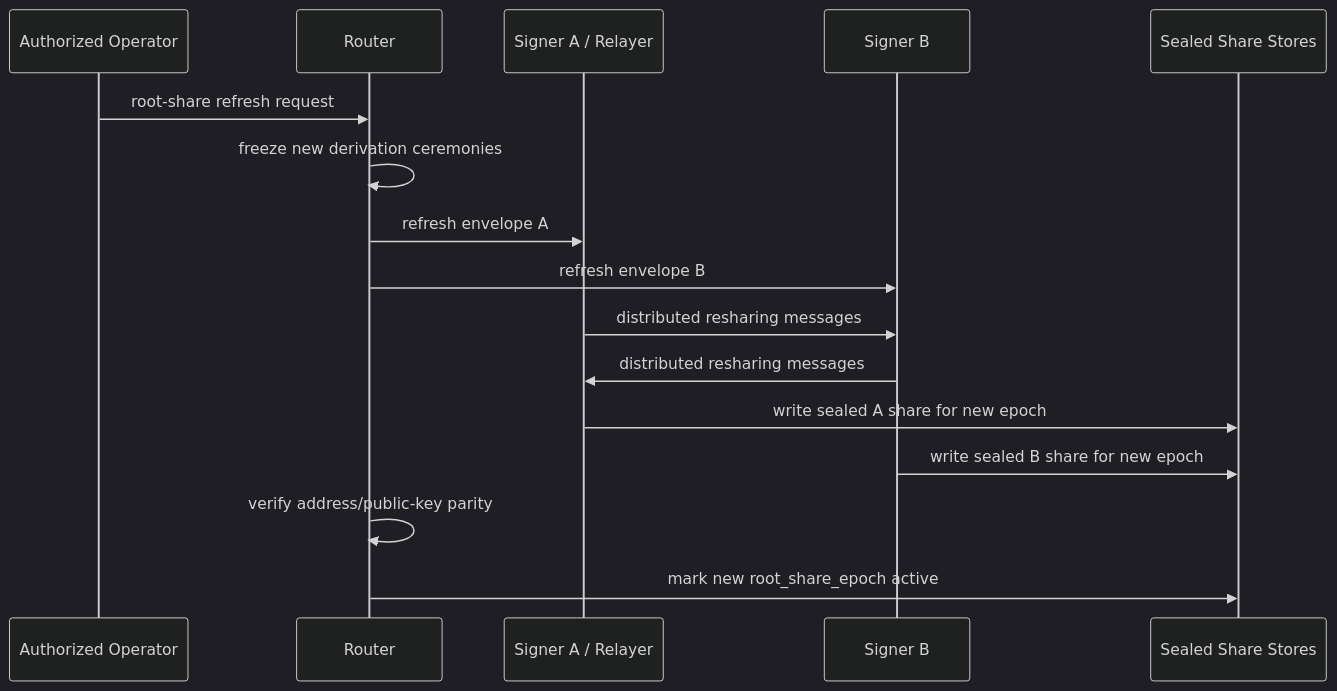
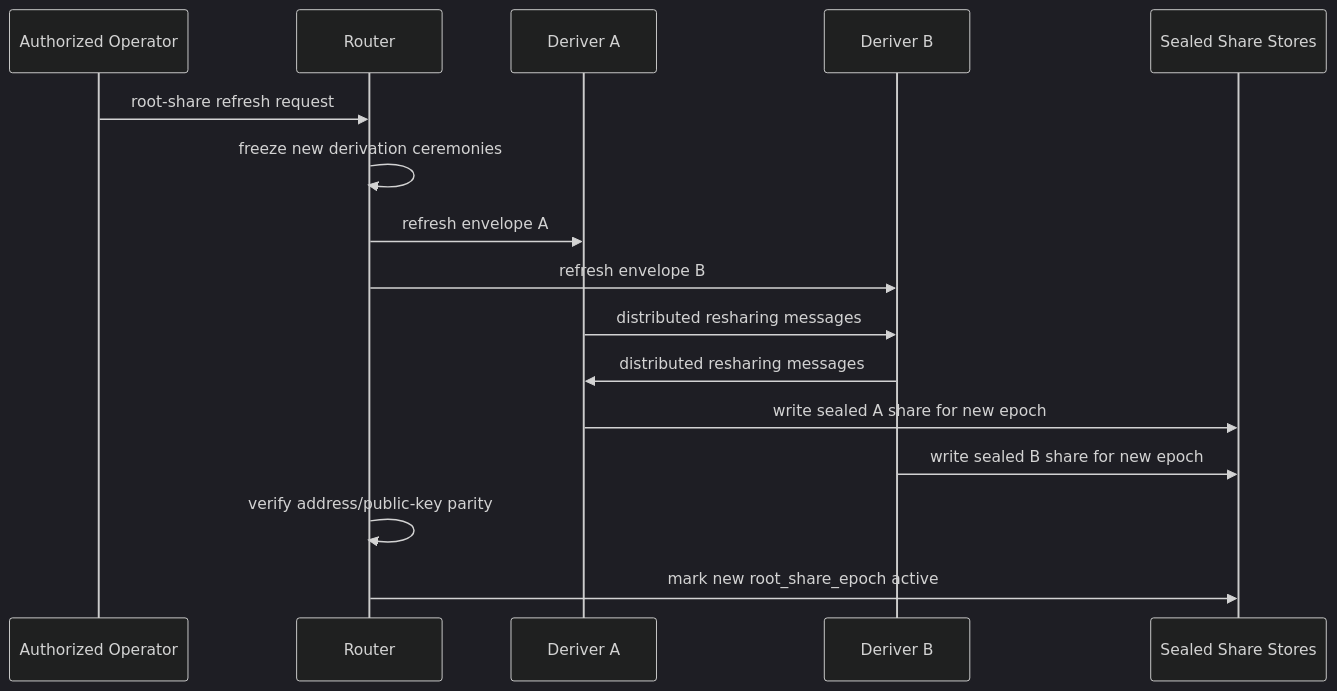
One commit to seams-tech/seams-sdk changed the third of 3 diagrams in docs/router-A-B-signer-SPEC.md. Above: the diagram before and after it, drawn with Mermaid (dark theme). The commit also changed other lines of this file and 6 other files, not shown here.

````diff
--- a/docs/router-A-B-signer-SPEC.md
+++ b/docs/router-A-B-signer-SPEC.md
@@ -1287,19 +1344,19 @@
 ```mermaid
 sequenceDiagram
   participant Admin as Authorized Operator
   participant R as Router
-  participant A as Signer A / Relayer
-  participant B as Signer B
+  participant A as Deriver A
+  participant B as Deriver B
   participant Store as Sealed Share Stores
 
   Admin->>R: root-share refresh request
   R->>R: freeze new derivation ceremonies
   R->>A: refresh envelope A
   R->>B: refresh envelope B
   A->>B: distributed resharing messages
   B->>A: distributed resharing messages
   A->>Store: write sealed A share for new epoch
   B->>Store: write sealed B share for new epoch
   R->>R: verify address/public-key parity
   R->>Store: mark new root_share_epoch active
 ```
````
